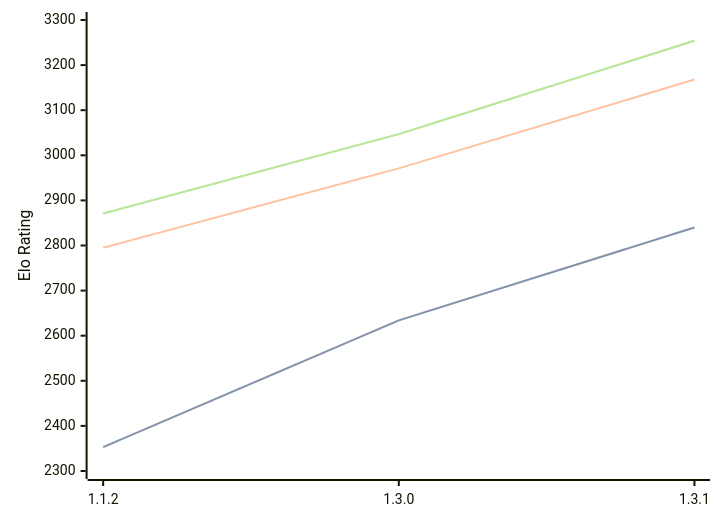
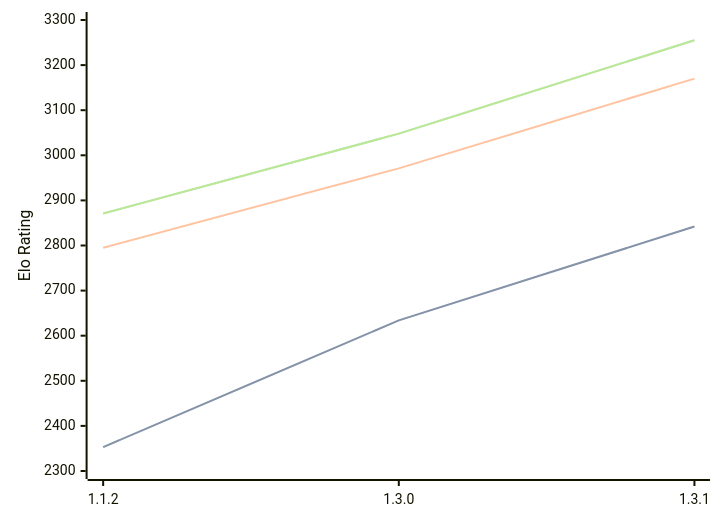
The diagram in engines/Ember.md (computer-chess-index/cci), drawn with Mermaid before and after one commit. The commit also changed other lines of this file, not shown here.

Commit message:
Update CCI Ratings (ELO VLTC) - 2026-09-27

````diff
--- a/engines/Ember.md
+++ b/engines/Ember.md
@@ -42,11 +42,11 @@
 ```mermaid
 %%{init: {"theme":"base","themeVariables":{"seriesColors:['#a3a3a3','#222221','#faa371']}}}%%
 xychart-beta
   x-axis ["1.1.2", "1.3.0", "1.3.1"]
   y-axis "Elo Rating" 2300 --> 3300
-  line "" [2353, 2634, 2840]
-  line "STC (8.0+0.08s)" [2353, 2634, 2840]
-  line "LTC (60.0+0.60s)" [2795, 2971, 3168]
-  line "" [2871, 3047, 3254]
-  line "VLTC (2m24s+1.12s)" [2871, 3047, 3254]
+  line "" [2353, 2634, 2842]
+  line "STC (8.0+0.08s)" [2353, 2634, 2842]
+  line "LTC (60.0+0.60s)" [2795, 2971, 3170]
+  line "" [2871, 3048, 3255]
+  line "VLTC (2m24s+1.12s)" [2871, 3048, 3255]
 ```
````
